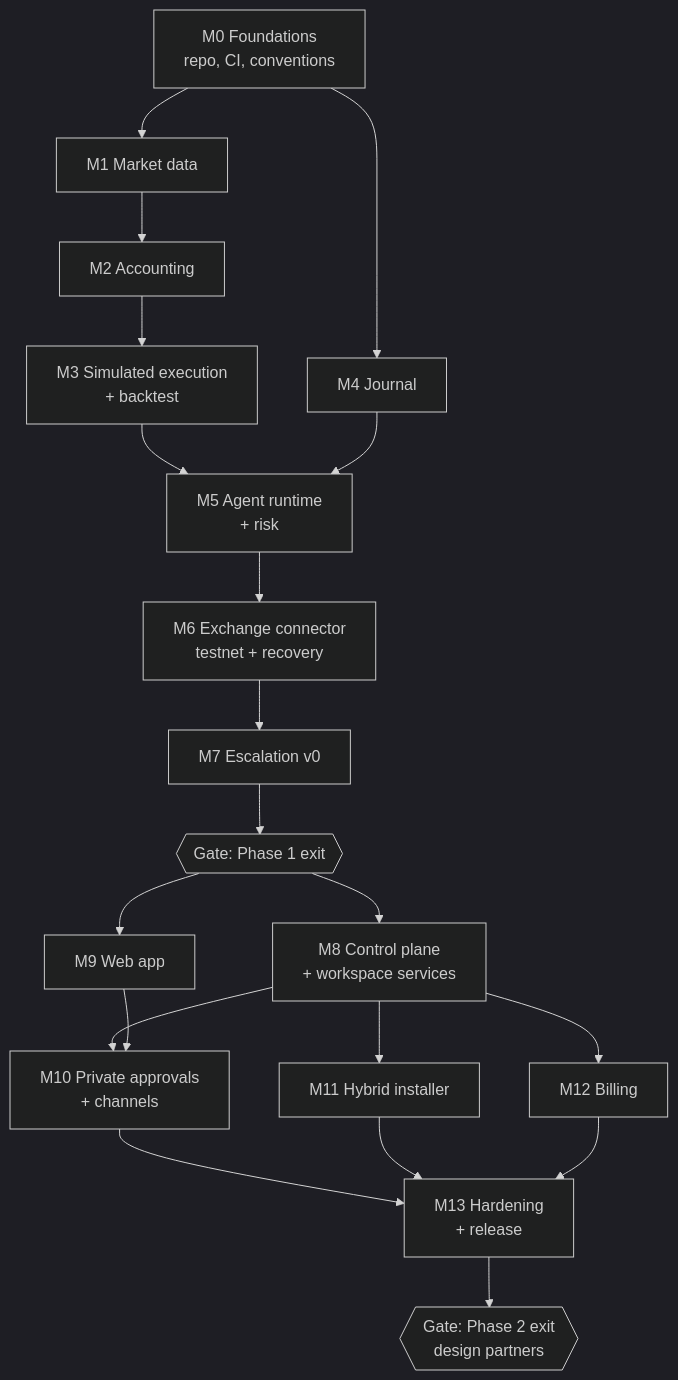
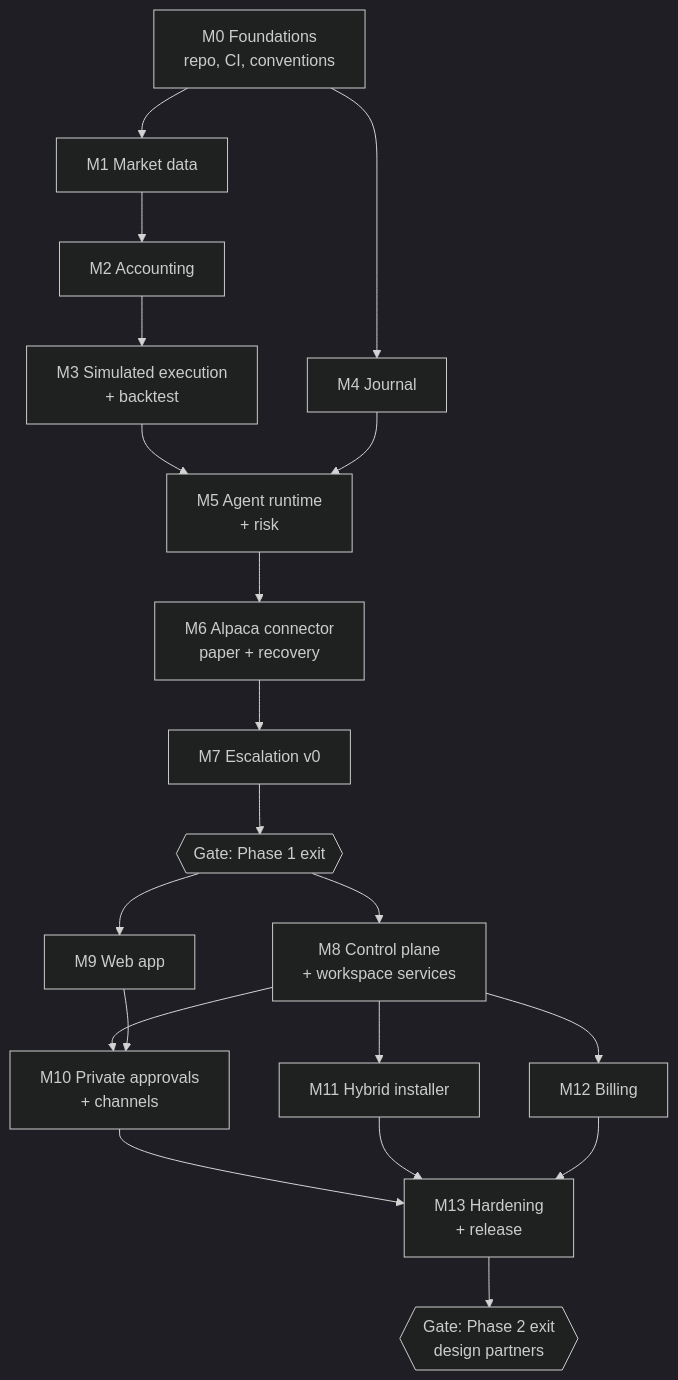
One commit to kunwarshivam/mandate changed the diagram in docs/project/02-milestones-and-wbs.md. Above: the diagram before and after it, drawn with Mermaid (dark theme). The commit also changed other lines of this file and 15 other files, not shown here.

````diff
--- a/docs/project/02-milestones-and-wbs.md
+++ b/docs/project/02-milestones-and-wbs.md
@@ -13,22 +13,22 @@
 ```mermaid
 flowchart TD
     M0["M0 Foundations<br/>repo, CI, conventions"] --> M1["M1 Market data"]
     M1 --> M2["M2 Accounting"]
     M2 --> M3["M3 Simulated execution<br/>+ backtest"]
     M0 --> M4["M4 Journal"]
     M3 --> M5["M5 Agent runtime<br/>+ risk"]
     M4 --> M5
-    M5 --> M6["M6 Exchange connector<br/>testnet + recovery"]
+    M5 --> M6["M6 Alpaca connector<br/>paper + recovery"]
     M6 --> M7["M7 Escalation v0"]
     M7 --> G1{{"Gate: Phase 1 exit"}}
     G1 --> M8["M8 Control plane<br/>+ workspace services"]
     G1 --> M9["M9 Web app"]
     M8 --> M10["M10 Private approvals<br/>+ channels"]
     M9 --> M10
     M8 --> M11["M11 Hybrid installer"]
     M8 --> M12["M12 Billing"]
     M10 --> M13["M13 Hardening<br/>+ release"]
     M11 --> M13
     M12 --> M13
     M13 --> G2{{"Gate: Phase 2 exit<br/>design partners"}}
 ```
````
